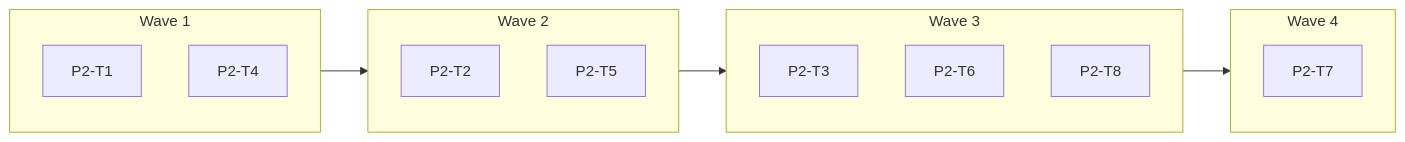
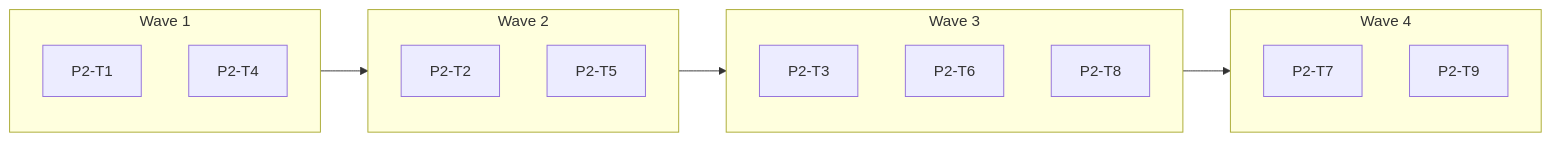
One commit to giorgosroussos/uplift changed the fourth of 11 diagrams in build/docs/phases.md. Above: the diagram before and after it, drawn with Mermaid. The commit also changed other lines of this file and 31 other files, not shown here.

````diff
--- a/build/docs/phases.md
+++ b/build/docs/phases.md
@@ -170,22 +171,23 @@
 ```mermaid
 flowchart LR
   subgraph W1["Wave 1"]
     P2_T1["P2-T1"]
     P2_T4["P2-T4"]
   end
   subgraph W2["Wave 2"]
     P2_T2["P2-T2"]
     P2_T5["P2-T5"]
   end
   W1 --> W2
   subgraph W3["Wave 3"]
     P2_T3["P2-T3"]
     P2_T6["P2-T6"]
     P2_T8["P2-T8"]
   end
   W2 --> W3
   subgraph W4["Wave 4"]
     P2_T7["P2-T7"]
+    P2_T9["P2-T9"]
   end
   W3 --> W4
 ```
````
